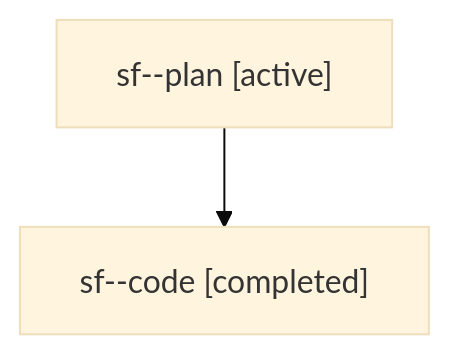
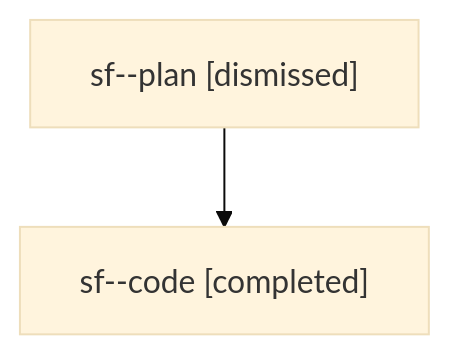
One commit to sase-org/sase--agents changed the diagram in sessions/bbugyi200.athena.sf.md. Above: the diagram before and after it, drawn with Mermaid (base theme). The commit also changed other lines of this file and 12 other files, not shown here.

````diff
--- a/sessions/bbugyi200.athena.sf.md
+++ b/sessions/bbugyi200.athena.sf.md
@@ -9,6 +9,6 @@
 ```mermaid
 flowchart TD
-  n0["sf--plan [active]"]
+  n0["sf--plan [dismissed]"]
   n1["sf--code [completed]"]
   n0 --> n1
 ```
````
